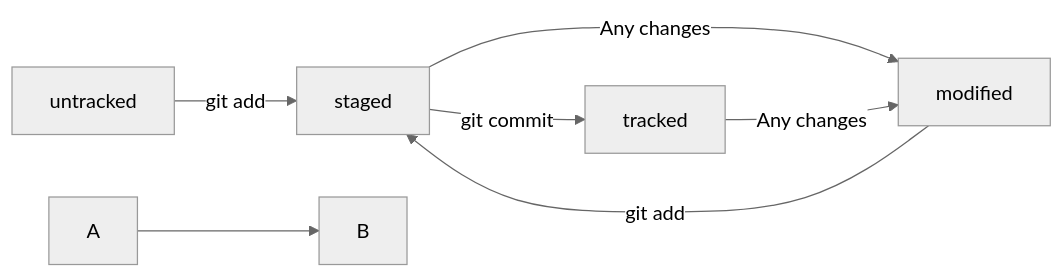
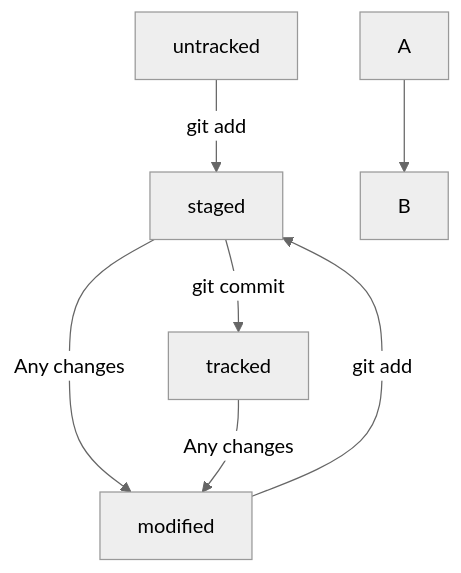
One commit to chikibambony137/shpargalka changed the diagram in README.md. Above: the diagram before and after it, drawn with Mermaid (neutral theme).

````diff
--- a/README.md
+++ b/README.md
@@ -65,11 +65,11 @@
 ```mermaid
-graph LR;
+graph TD;
   untracked -- "git add" --> staged;
   staged    -- "git commit"     --> tracked;
   staged    -- "Any changes" --> modified;
   tracked   -- "Any changes" --> modified;
   modified  -- "git add" --> staged;
 
 %% стрелка без текста для примера: 
   A --> B;
 ``` 
````
